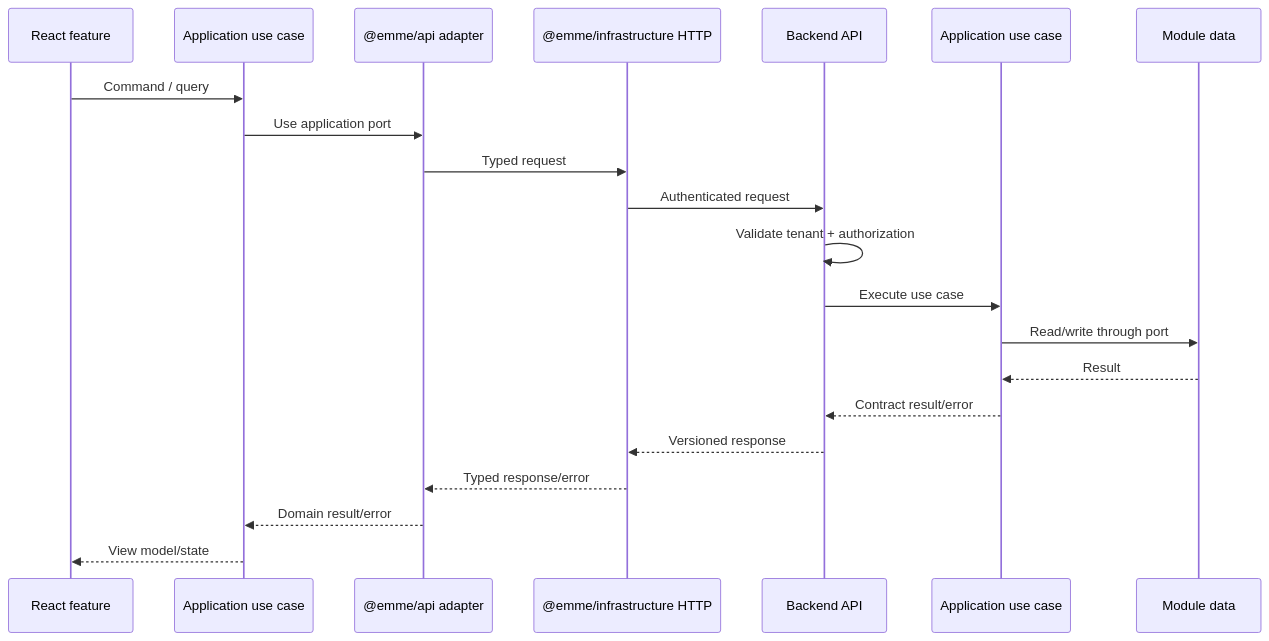
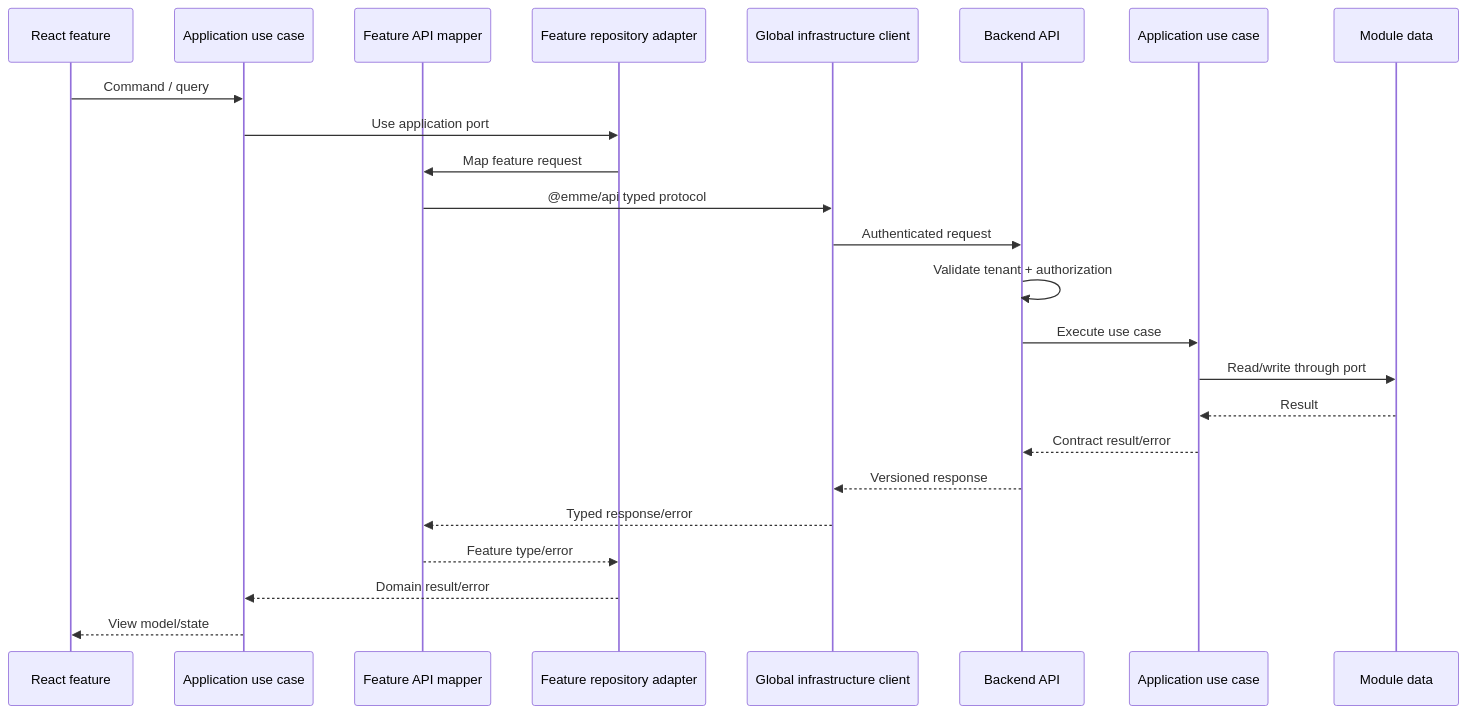
Before and after one commit to migangdelzar/emme-web: the first of 2 diagrams in docs/architecture/03-integration/frontend-backend.md, drawn with Mermaid. The commit also changed other lines of this file and 35 other files, not shown here.

Commit message:
docs(architecture): restore canonical handbook detail

````diff
--- a/docs/architecture/03-integration/frontend-backend.md
+++ b/docs/architecture/03-integration/frontend-backend.md
@@ -25,24 +31,27 @@
 ```mermaid
 sequenceDiagram
     participant UI as React feature
     participant APP_USECASE as Application use case
-    participant FEATURE_API as @emme/api adapter
-    participant CLIENT as @emme/infrastructure HTTP
+    participant FEATURE_API as Feature API mapper
+    participant FEATURE_INFRA as Feature repository adapter
+    participant CLIENT as Global infrastructure client
     participant API as Backend API
     participant APP as Application use case
     participant DB as Module data
 
     UI->>APP_USECASE: Command / query
-    APP_USECASE->>FEATURE_API: Use application port
-    FEATURE_API->>CLIENT: Typed request
+    APP_USECASE->>FEATURE_INFRA: Use application port
+    FEATURE_INFRA->>FEATURE_API: Map feature request
+    FEATURE_API->>CLIENT: @emme/api typed protocol
     CLIENT->>API: Authenticated request
     API->>API: Validate tenant + authorization
     API->>APP: Execute use case
     APP->>DB: Read/write through port
     DB-->>APP: Result
     APP-->>API: Contract result/error
     API-->>CLIENT: Versioned response
     CLIENT-->>FEATURE_API: Typed response/error
-    FEATURE_API-->>APP_USECASE: Domain result/error
+    FEATURE_API-->>FEATURE_INFRA: Feature type/error
+    FEATURE_INFRA-->>APP_USECASE: Domain result/error
     APP_USECASE-->>UI: View model/state
 ```
````
